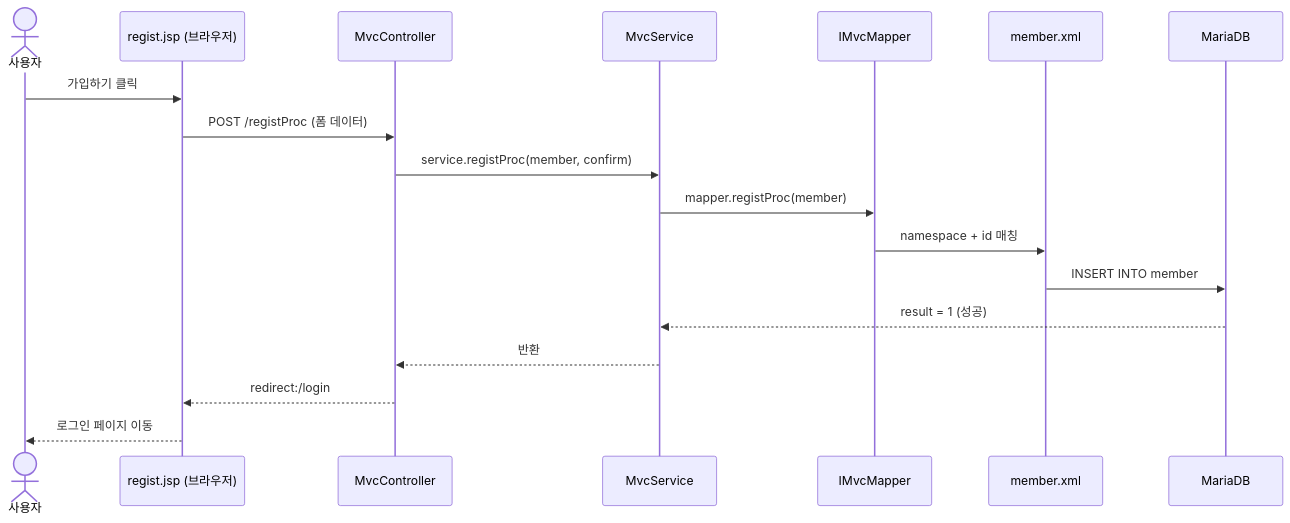
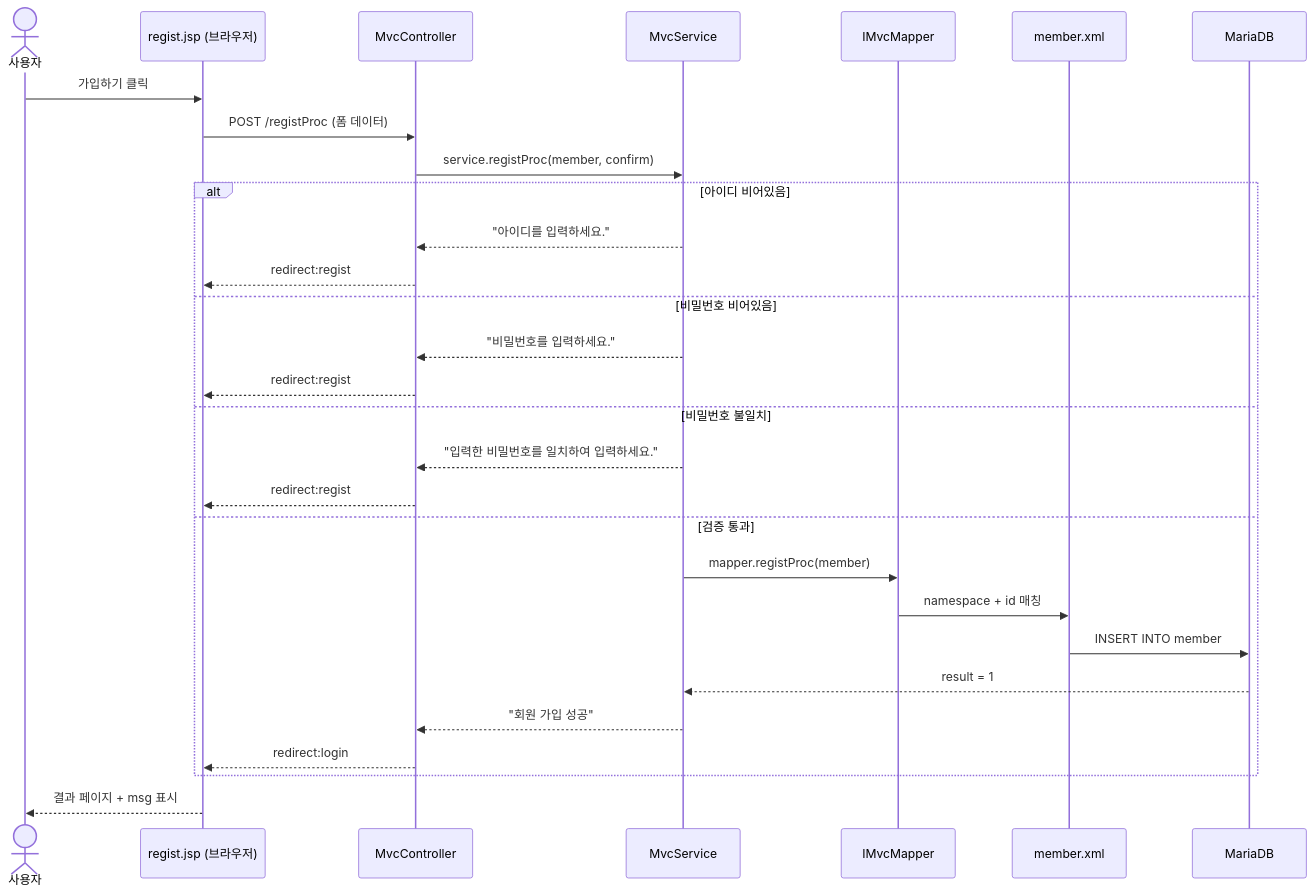
One commit to Unoh03/Obsi2 changed the first of 6 diagrams in 스프링 툴/MVC/데이터 흐름.md. Above: the diagram before and after it, drawn with Mermaid. The commit also changed other lines of this file, not shown here.

````diff
--- a/스프링 툴/MVC/데이터 흐름.md
+++ b/스프링 툴/MVC/데이터 흐름.md
@@ -9,21 +9,34 @@
 ```mermaid
 sequenceDiagram
     actor 사용자
     participant JSP as regist.jsp (브라우저)
     participant CTR as MvcController
     participant SVC as MvcService
     participant MAP as IMvcMapper
     participant XML as member.xml
     participant DB as MariaDB
 
     사용자->>JSP: 가입하기 클릭
     JSP->>CTR: POST /registProc (폼 데이터)
     CTR->>SVC: service.registProc(member, confirm)
-    SVC->>MAP: mapper.registProc(member)
-    MAP->>XML: namespace + id 매칭
-    XML->>DB: INSERT INTO member
-    DB-->>SVC: result = 1 (성공)
-    SVC-->>CTR: 반환
-    CTR-->>JSP: redirect:/login
-    JSP-->>사용자: 로그인 페이지 이동
+
+    alt 아이디 비어있음
+        SVC-->>CTR: "아이디를 입력하세요."
+        CTR-->>JSP: redirect:regist
+    else 비밀번호 비어있음
+        SVC-->>CTR: "비밀번호를 입력하세요."
+        CTR-->>JSP: redirect:regist
+    else 비밀번호 불일치
+        SVC-->>CTR: "입력한 비밀번호를 일치하여 입력하세요."
+        CTR-->>JSP: redirect:regist
+    else 검증 통과
+        SVC->>MAP: mapper.registProc(member)
+        MAP->>XML: namespace + id 매칭
+        XML->>DB: INSERT INTO member
+        DB-->>SVC: result = 1
+        SVC-->>CTR: "회원 가입 성공"
+        CTR-->>JSP: redirect:login
+    end
+
+    JSP-->>사용자: 결과 페이지 + msg 표시
 ```
````
